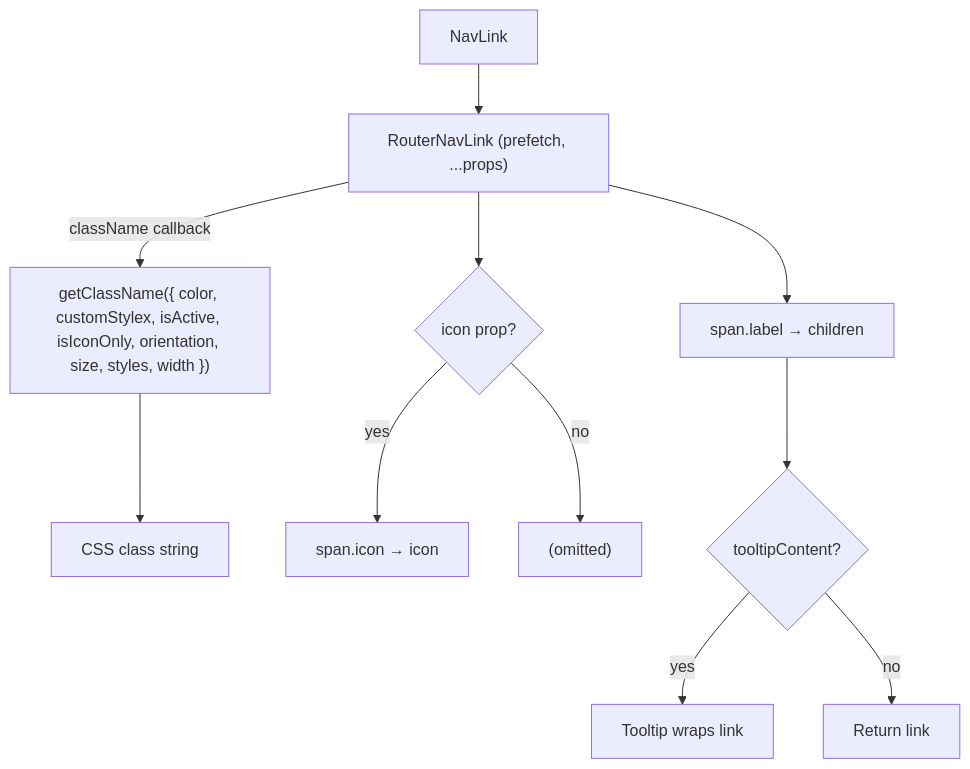
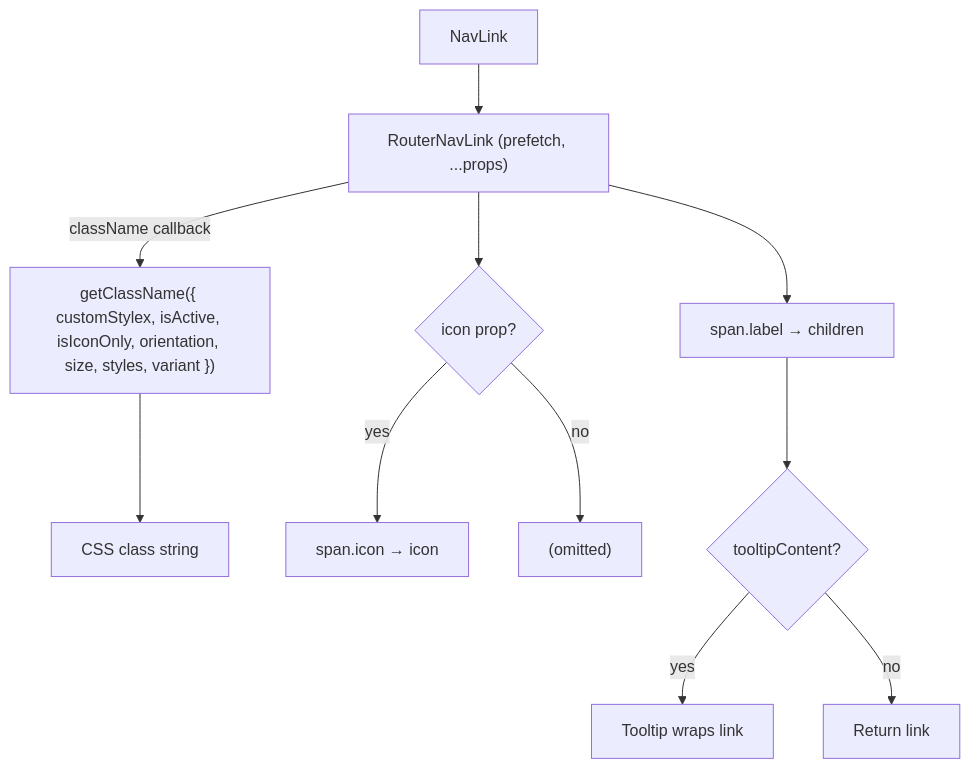
The second of 2 diagrams in packages/ui/src/components/NavLink/ARCHITECTURE.md (luciocabrera/lcabrera-stack), drawn with Mermaid before and after one commit. The commit also changed other lines of this file and 3 other files, not shown here.

````diff
--- a/packages/ui/src/components/NavLink/ARCHITECTURE.md
+++ b/packages/ui/src/components/NavLink/ARCHITECTURE.md
@@ -41,13 +40,13 @@
 ```mermaid
 graph TD
   NavLink --> RouterNavLink2["RouterNavLink (prefetch, ...props)"]
-  RouterNavLink2 -->|"className callback"| getClassNameCall["getClassName({ color, customStylex, isActive, isIconOnly, orientation, size, styles, width })"]
+  RouterNavLink2 -->|"className callback"| getClassNameCall["getClassName({ customStylex, isActive, isIconOnly, orientation, size, styles, variant })"]
   getClassNameCall --> classString["CSS class string"]
   RouterNavLink2 --> IconSlot{"icon prop?"}
   IconSlot -->|yes| IconSpan["span.icon → icon"]
   IconSlot -->|no| skip["(omitted)"]
   RouterNavLink2 --> LabelSpan["span.label → children"]
   LabelSpan --> TooltipSlot{"tooltipContent?"}
   TooltipSlot -->|yes| TooltipWrap["Tooltip wraps link"]
   TooltipSlot -->|no| ReturnLink["Return link"]
 ```
````
